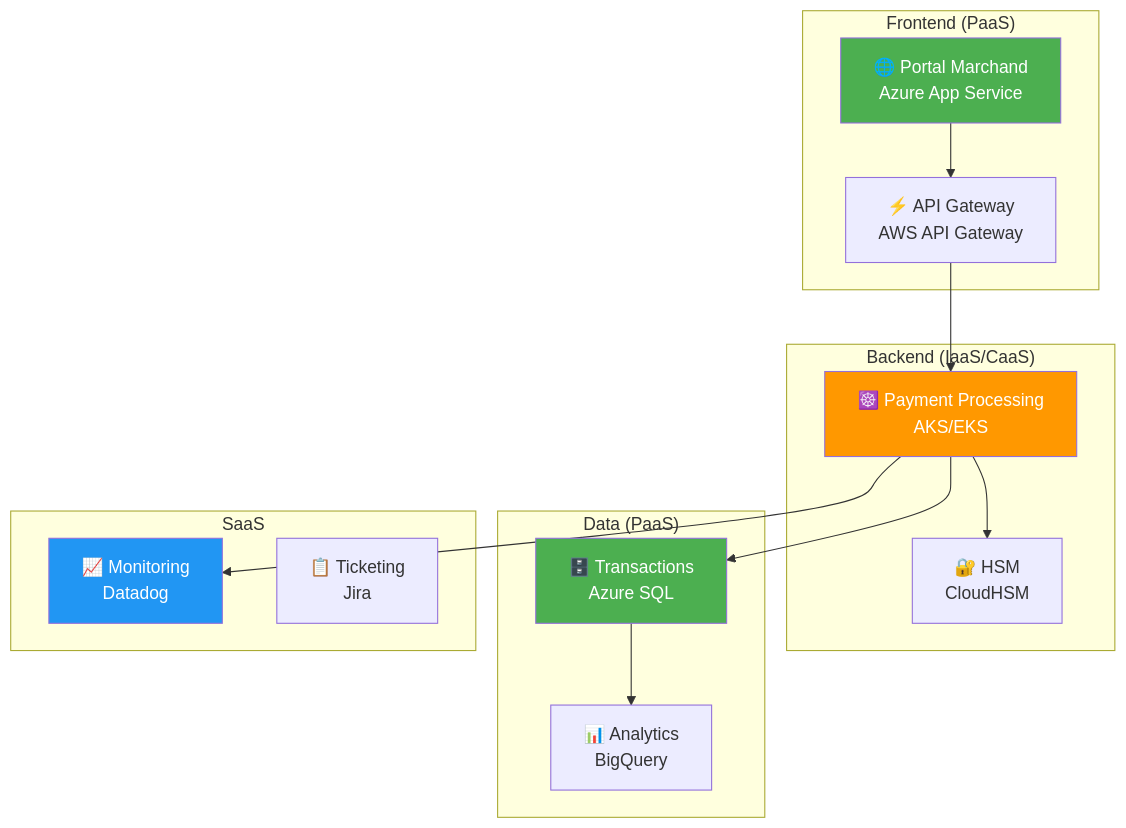
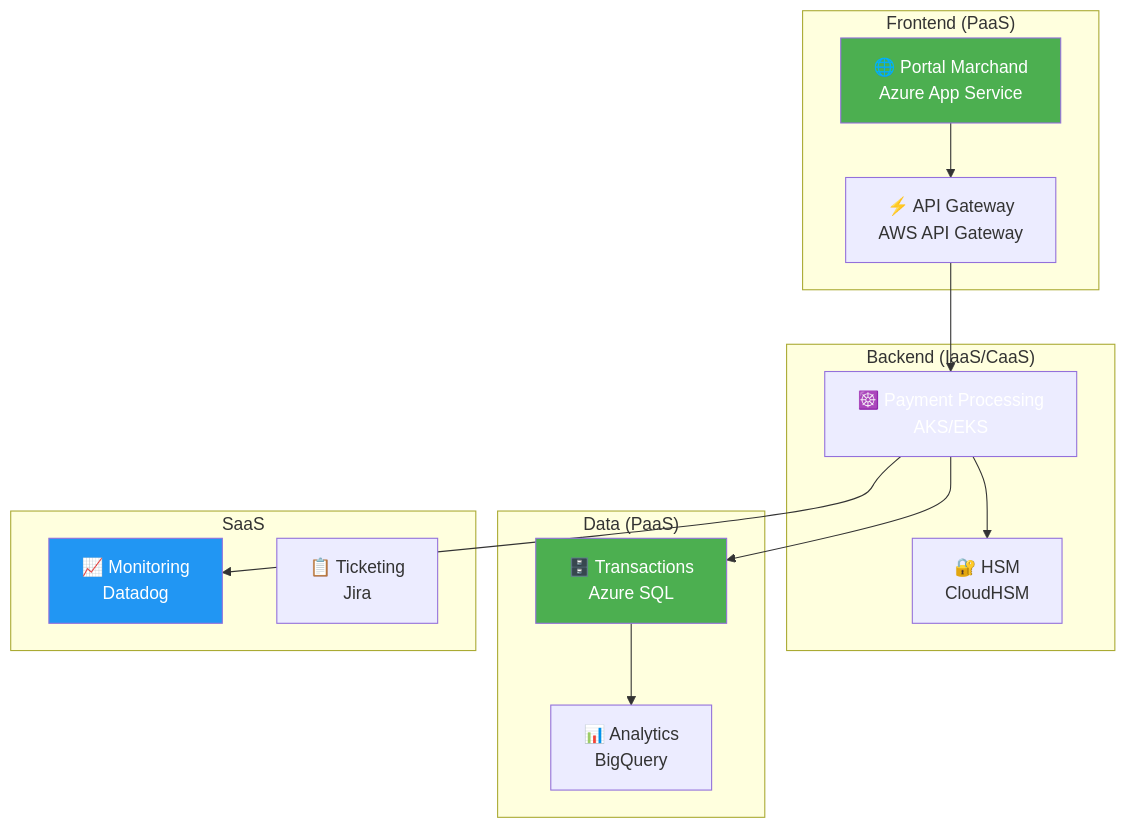
Before and after one commit to VBlackJack/ShellBook: the tenth of 10 diagrams in docs/formations/cloud-fundamentals/02-module.md, drawn with Mermaid. The commit also changed other lines of this file and 337 other files, not shown here.

First line of the commit message:
refactor(docs): Standardize code blocks and Mermaid colors

````diff
--- a/docs/formations/cloud-fundamentals/02-module.md
+++ b/docs/formations/cloud-fundamentals/02-module.md
@@ -438,34 +438,34 @@
 ```mermaid
 graph TB
     subgraph "Frontend (PaaS)"
         WEB["🌐 Portal Marchand<br/>Azure App Service"]
         API["⚡ API Gateway<br/>AWS API Gateway"]
     end
 
     subgraph "Backend (IaaS/CaaS)"
         K8S["☸️ Payment Processing<br/>AKS/EKS"]
         HSM["🔐 HSM<br/>CloudHSM"]
     end
 
     subgraph "Data (PaaS)"
         SQL["🗄️ Transactions<br/>Azure SQL"]
         NOSQL["📊 Analytics<br/>BigQuery"]
     end
 
     subgraph "SaaS"
         MONITOR["📈 Monitoring<br/>Datadog"]
         JIRA["📋 Ticketing<br/>Jira"]
     end
 
     WEB --> API
     API --> K8S
     K8S --> HSM
     K8S --> SQL
     SQL --> NOSQL
     K8S --> MONITOR
 
     style WEB fill:#4caf50,color:#fff
-    style K8S fill:#ff9800,color:#fff
+    style K8S fill:#FF9800800800,color:#fff
     style SQL fill:#4caf50,color:#fff
     style MONITOR fill:#2196f3,color:#fff
 ```
````
